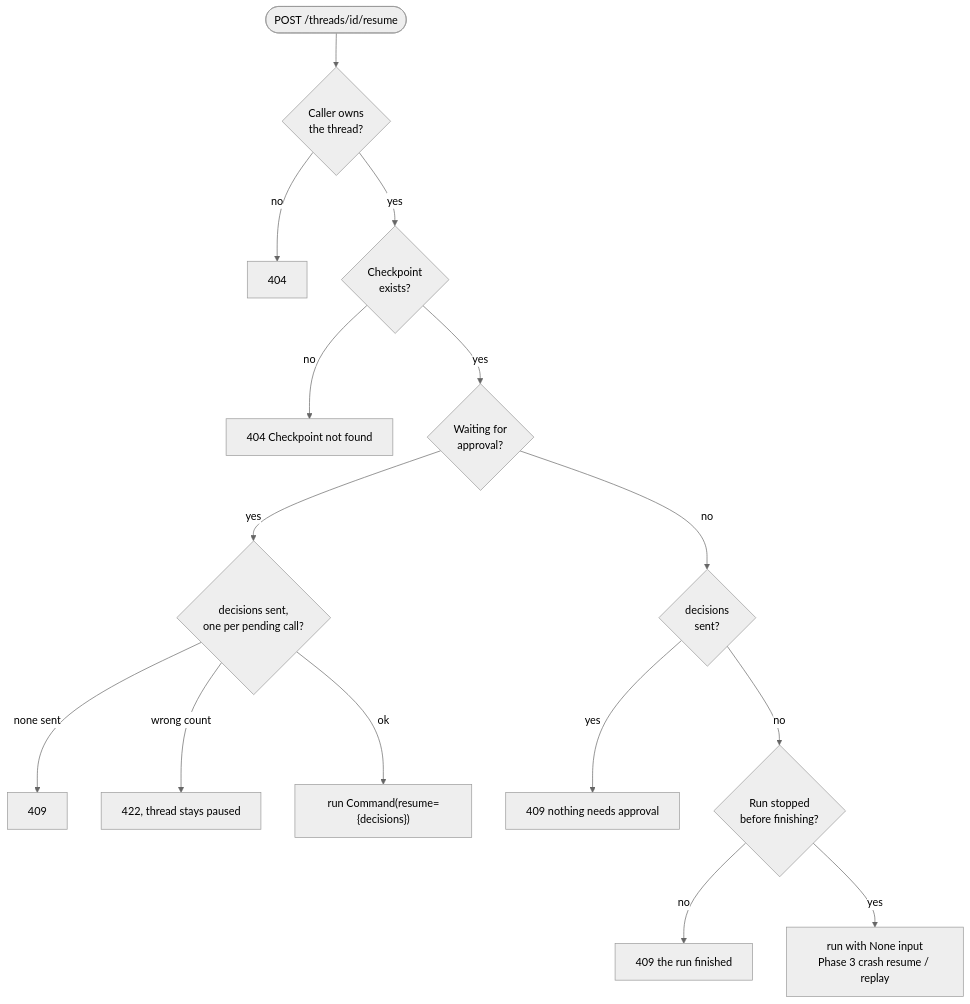
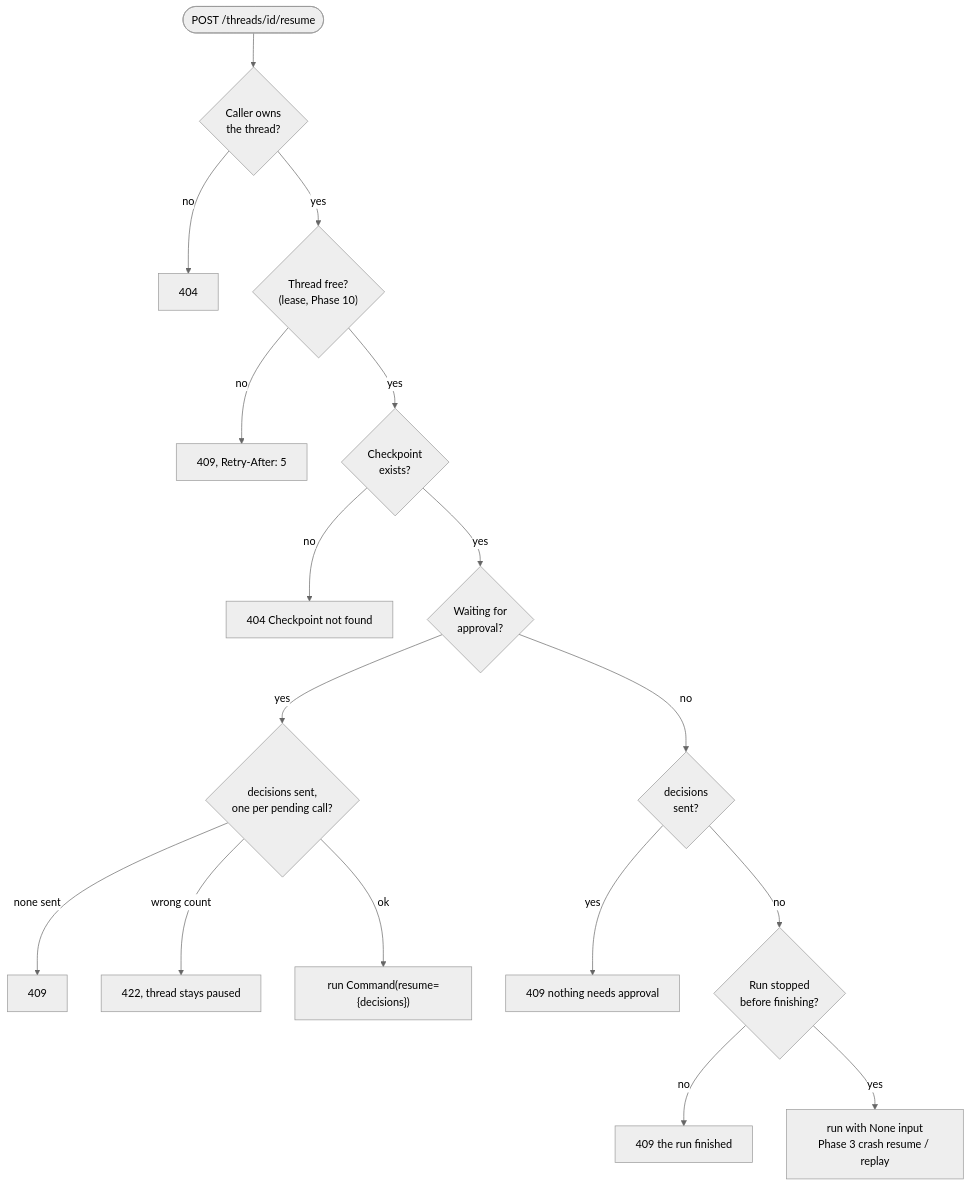
Before and after one commit to Anirudh1905/agentic-ai-chatbot: the third of 4 diagrams in docs/phase-4-human-in-the-loop.md, drawn with Mermaid (neutral theme). The commit also changed other lines of this file and 72 other files, not shown here.

````diff
--- a/docs/phase-4-human-in-the-loop.md
+++ b/docs/phase-4-human-in-the-loop.md
@@ -175,17 +177,19 @@
 ```mermaid
 flowchart TB
     Start([POST /threads/id/resume]) --> Own{Caller owns<br/>the thread?}
     Own -->|no| E404a[404]
-    Own -->|yes| CP{Checkpoint<br/>exists?}
+    Own -->|yes| Lease{"Thread free?<br/>(lease, Phase 10)"}
+    Lease -->|no| E409d[409, Retry-After: 5]
+    Lease -->|yes| CP{Checkpoint<br/>exists?}
     CP -->|no| E404b[404 Checkpoint not found]
     CP -->|yes| Paused{Waiting for<br/>approval?}
     Paused -->|yes| Check{"decisions sent,<br/>one per pending call?"}
     Check -->|none sent| E409a[409]
     Check -->|wrong count| E422[422, thread stays paused]
     Check -->|ok| Run1["run Command(resume={decisions})"]
     Paused -->|no| HasD{decisions<br/>sent?}
     HasD -->|yes| E409b[409 nothing needs approval]
     HasD -->|no| Next{Run stopped<br/>before finishing?}
     Next -->|no| E409c[409 the run finished]
     Next -->|yes| Run2["run with None input<br/>Phase 3 crash resume / replay"]
 ```
````
